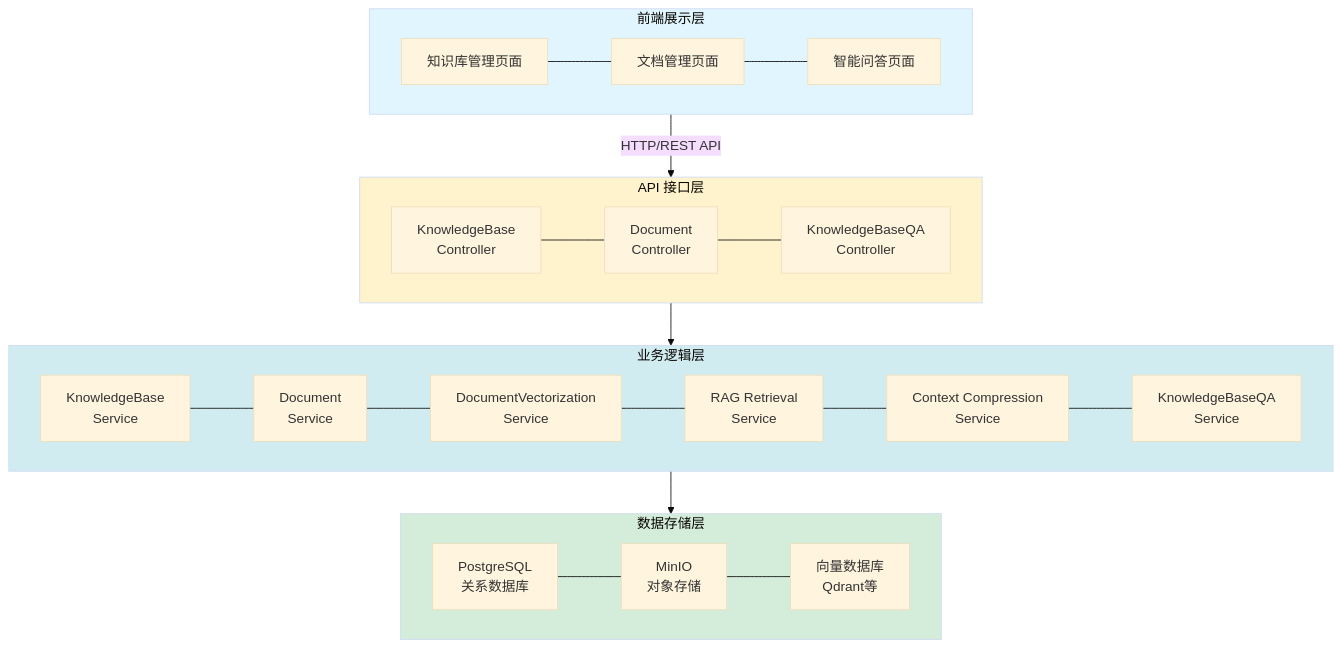
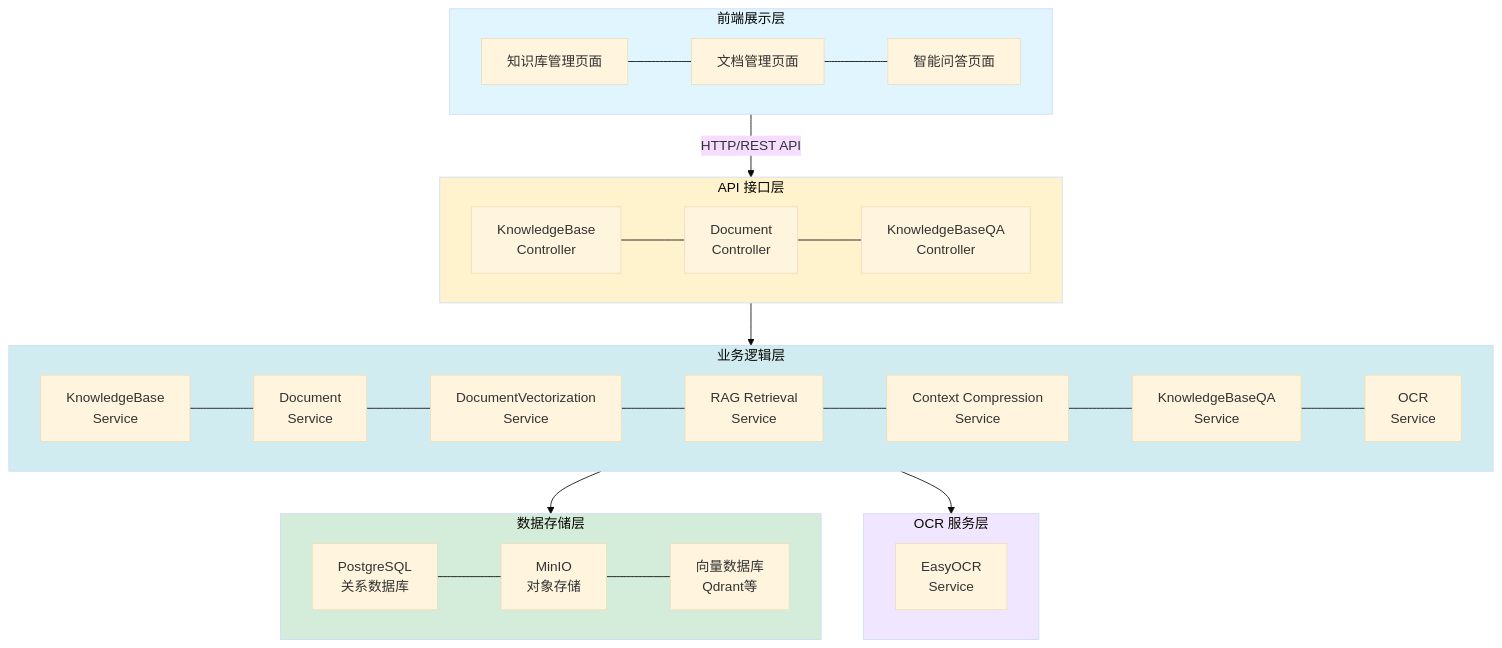
Before and after one commit to NanoAgentCode/DifyApp: the first of 4 diagrams in backend/doc/7.知识库功能设计文档.md, drawn with Mermaid (base theme). The commit also changed other lines of this file and 1 other file, not shown here.

Commit message:
增强知识库功能，集成OCR服务以支持图片和PDF文件的文字识别，同时优化文档上传和处理流程，确保对多种文档格式的全面支持。更新相关架构图和功能描述以反映新特性。

````diff
--- a/backend/doc/7.知识库功能设计文档.md
+++ b/backend/doc/7.知识库功能设计文档.md
@@ -32,31 +34,38 @@
 ```mermaid
 flowchart TB
     subgraph Frontend["前端展示层"]
         direction LR
         A1[知识库管理页面] --- A2[文档管理页面] --- A3[智能问答页面]
     end
     
     subgraph API["API 接口层"]
         direction LR
         B1[KnowledgeBase<br/>Controller] --- B2[Document<br/>Controller] --- B3[KnowledgeBaseQA<br/>Controller]
     end
     
     subgraph Service["业务逻辑层"]
         direction LR
-        C1[KnowledgeBase<br/>Service] --- C2[Document<br/>Service] --- C3[DocumentVectorization<br/>Service] --- C4[RAG Retrieval<br/>Service] --- C5[Context Compression<br/>Service] --- C6[KnowledgeBaseQA<br/>Service]
+        C1[KnowledgeBase<br/>Service] --- C2[Document<br/>Service] --- C3[DocumentVectorization<br/>Service] --- C4[RAG Retrieval<br/>Service] --- C5[Context Compression<br/>Service] --- C6[KnowledgeBaseQA<br/>Service] --- C7[OCR<br/>Service]
+    end
+    
+    subgraph OCR["OCR 服务层"]
+        direction LR
+        E1[EasyOCR<br/>Service]
     end
     
     subgraph Storage["数据存储层"]
         direction LR
         D1[PostgreSQL<br/>关系数据库] --- D2[MinIO<br/>对象存储] --- D3[向量数据库<br/>Qdrant等]
     end
     
     Frontend -->|HTTP/REST API| API
     API --> Service
     Service --> Storage
+    Service --> OCR
     
     style Frontend fill:#e1f5ff
     style API fill:#fff3cd
     style Service fill:#d1ecf1
     style Storage fill:#d4edda
+    style OCR fill:#f0e6ff
 ```
````
